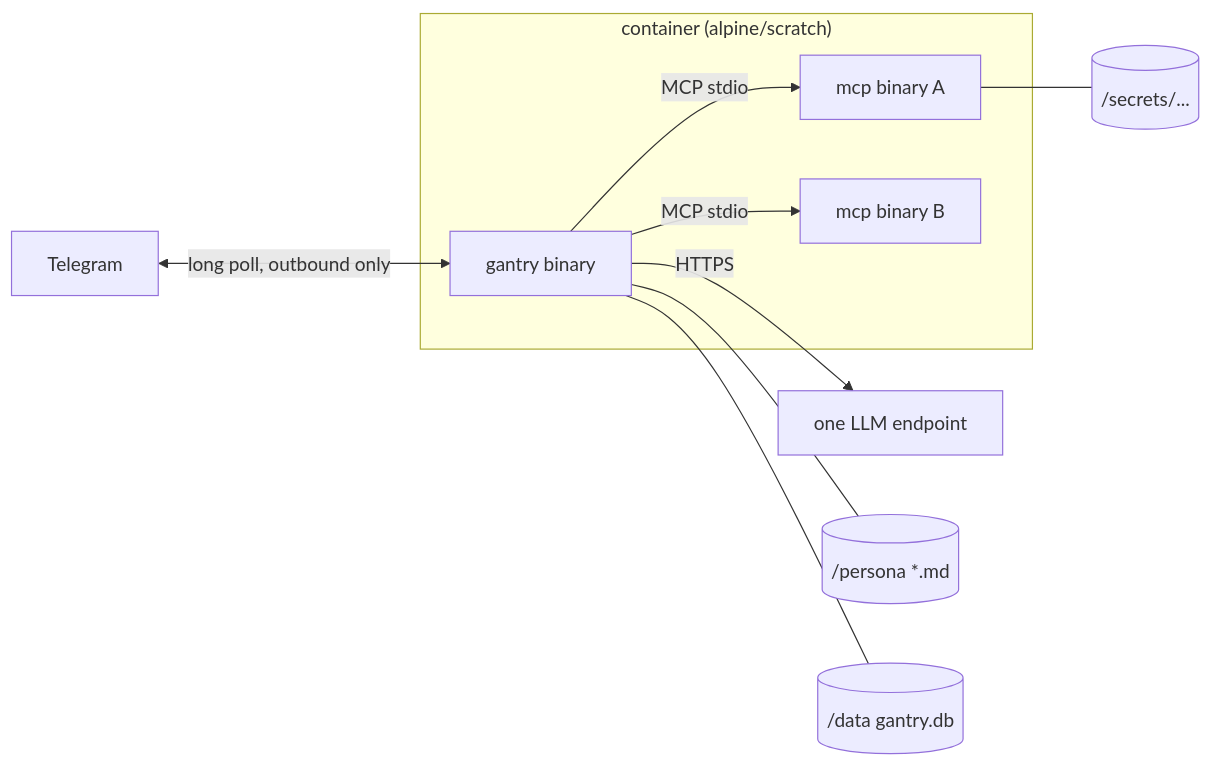
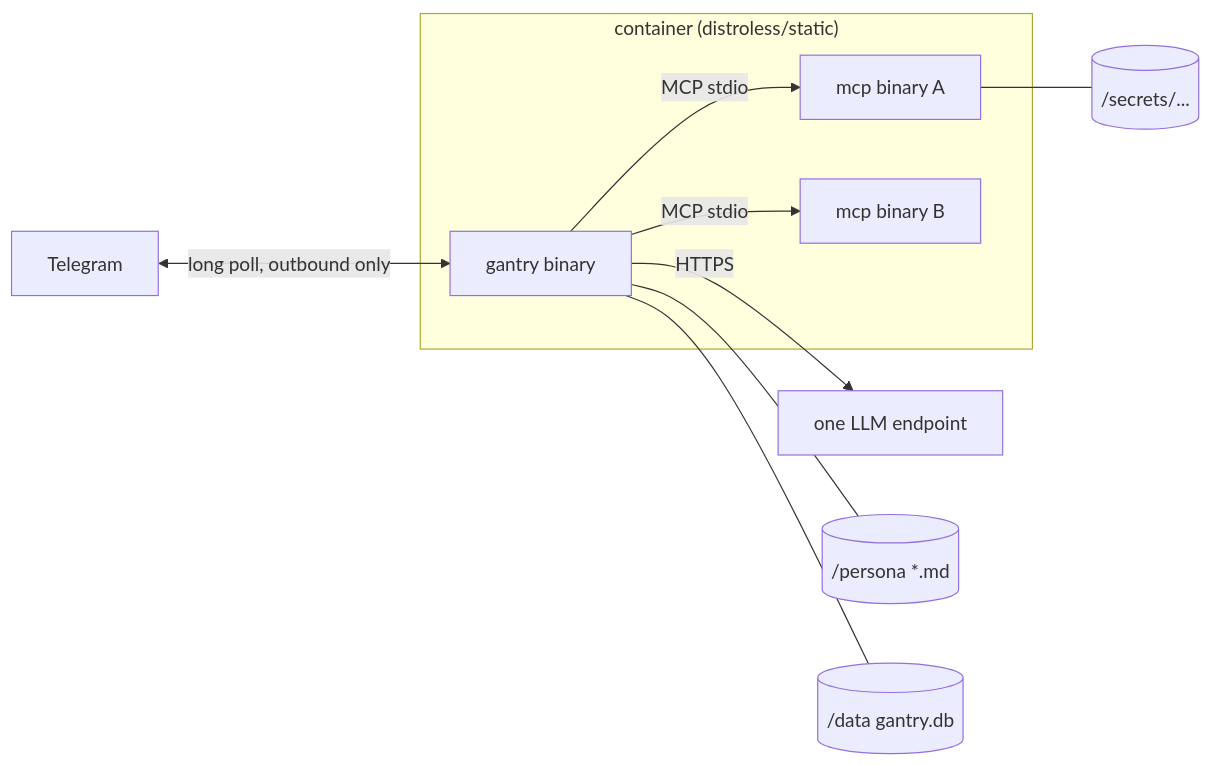
Before and after one commit to shotah/ai-gantry: the diagram in readme.md, drawn with Mermaid. The commit also changed other lines of this file and 2 other files, not shown here.

Commit message:
pivot to distroless

````diff
--- a/readme.md
+++ b/readme.md
@@ -100,17 +100,17 @@
 ```mermaid
 flowchart LR
   TG[Telegram] <-->|long poll, outbound only| K
 
-  subgraph Container["container (alpine/scratch)"]
+  subgraph Container["container (distroless/static)"]
     K[gantry binary]
     M1[mcp binary A]
     M2[mcp binary B]
     K -->|MCP stdio| M1
     K -->|MCP stdio| M2
   end
 
   K -->|HTTPS| LLM[one LLM endpoint]
   K --- P[("/persona *.md")]
   K --- D[("/data gantry.db")]
   M1 --- S[("/secrets/...")]
 ```
````
